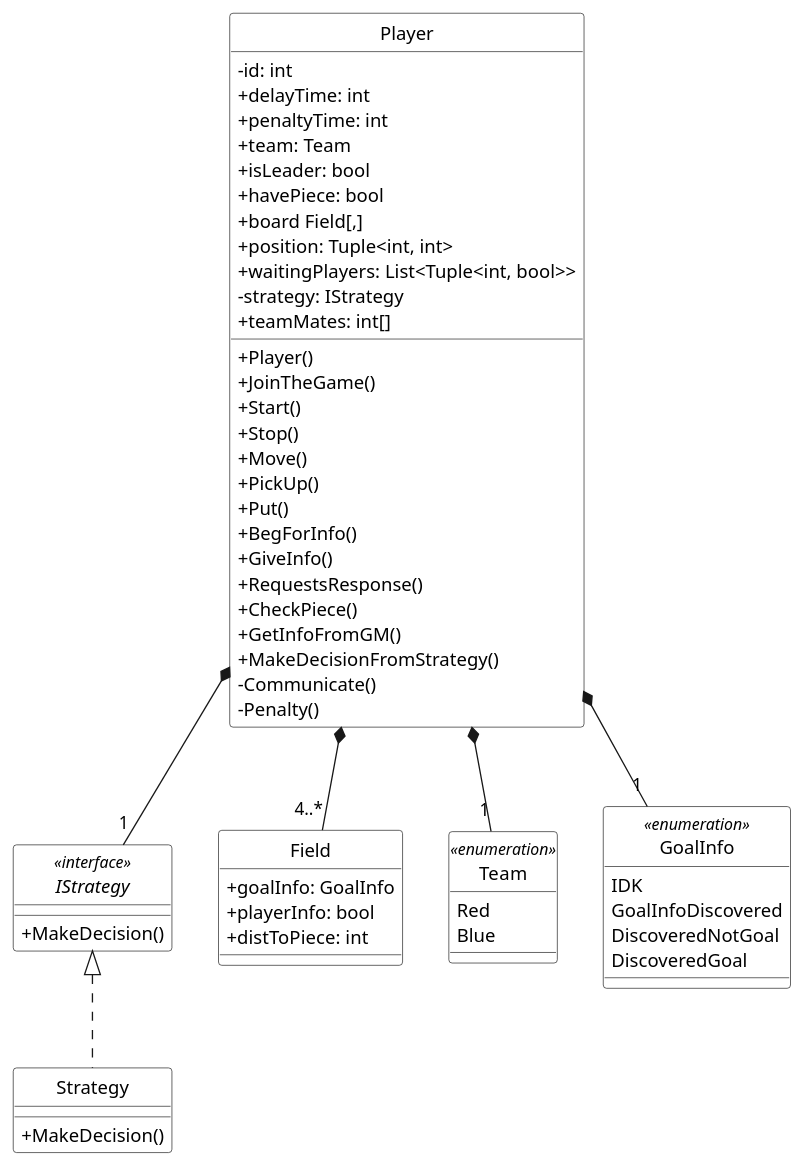
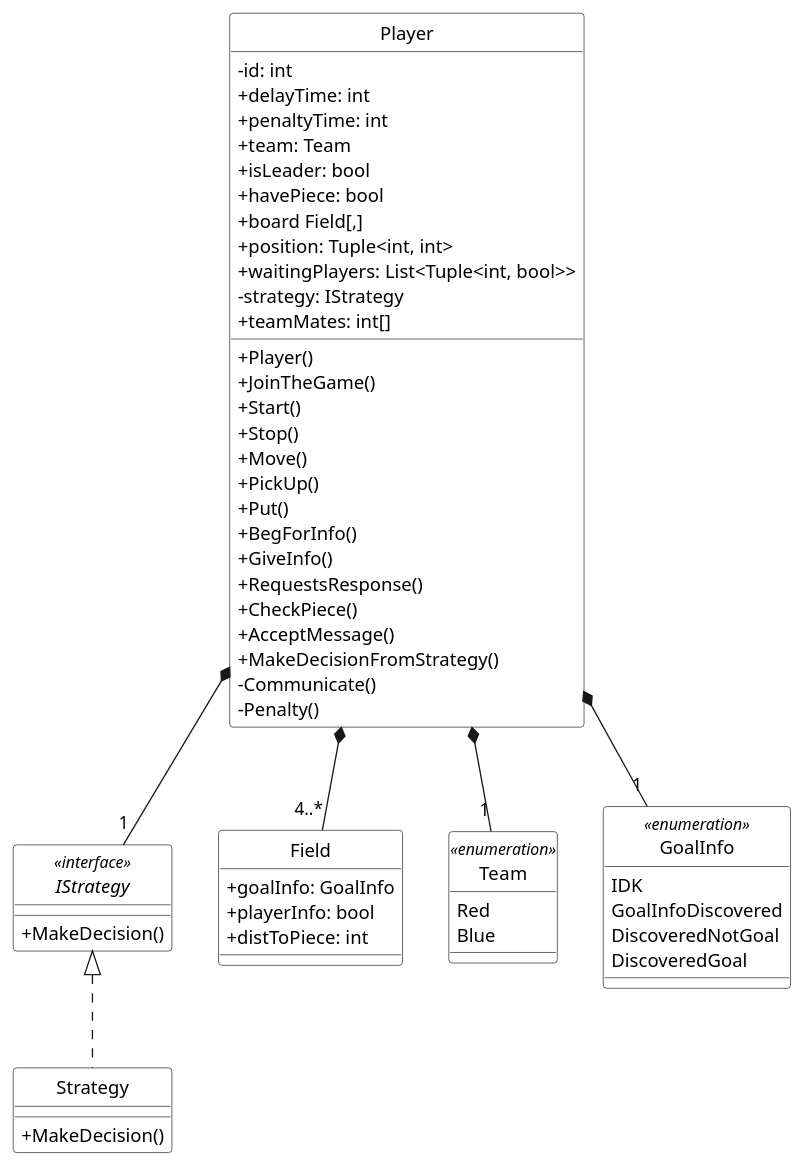
The diagram in UML/ClassDiagram/Player.puml (MINI-IO/IO-project-game), drawn with PlantUML before and after one commit.

```diff
--- a/UML/ClassDiagram/Player.puml
+++ b/UML/ClassDiagram/Player.puml
@@ -1,72 +1,72 @@
 @startuml
 skinparam shadowing false
 skinparam monochrome true
 skinparam classAttributeIconSize 0
 hide circles
 
 skinparam class {
 BackgroundColor white
 }
 
 IStrategy <|.. Strategy
 Player *-- "4..*" Field
 Player *-- "1" IStrategy
 Player *-- "1" Team
 Player *-- "1" GoalInfo
 
 class Player {
 - id: int
 + delayTime: int
 + penaltyTime: int
 + team: Team
 + isLeader: bool
 + havePiece: bool
 + board Field[,]
 + position: Tuple<int, int>
 + waitingPlayers: List<Tuple<int, bool>>
 - strategy: IStrategy
 + teamMates: int[]
 
 + Player()
 + JoinTheGame()
 + Start()
 + Stop()
 + Move()
 + PickUp()
 + Put()
 + BegForInfo()
 + GiveInfo()
 + RequestsResponse()
 + CheckPiece()
-+ GetInfoFromGM()
++ AcceptMessage()
 + MakeDecisionFromStrategy()
 - Communicate()
 - Penalty()
 }
 
 class Field{
 + goalInfo: GoalInfo
 + playerInfo: bool
 + distToPiece: int
 }
 
 interface IStrategy <<interface>> {
 + MakeDecision()
 }
 
 class Strategy {
 + MakeDecision()
 }
 
 enum Team <<enumeration>> {
 Red
 Blue
 }
 
 enum GoalInfo <<enumeration>> {
 IDK
 GoalInfoDiscovered
 DiscoveredNotGoal
 DiscoveredGoal
 }
 @enduml
```
